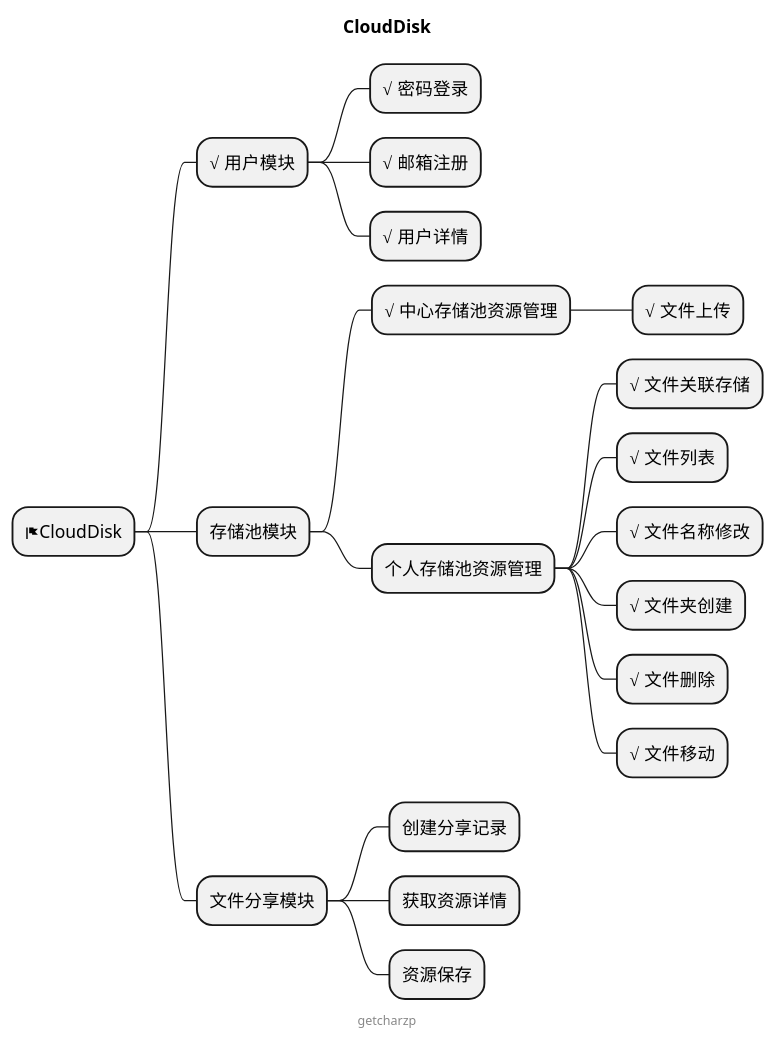
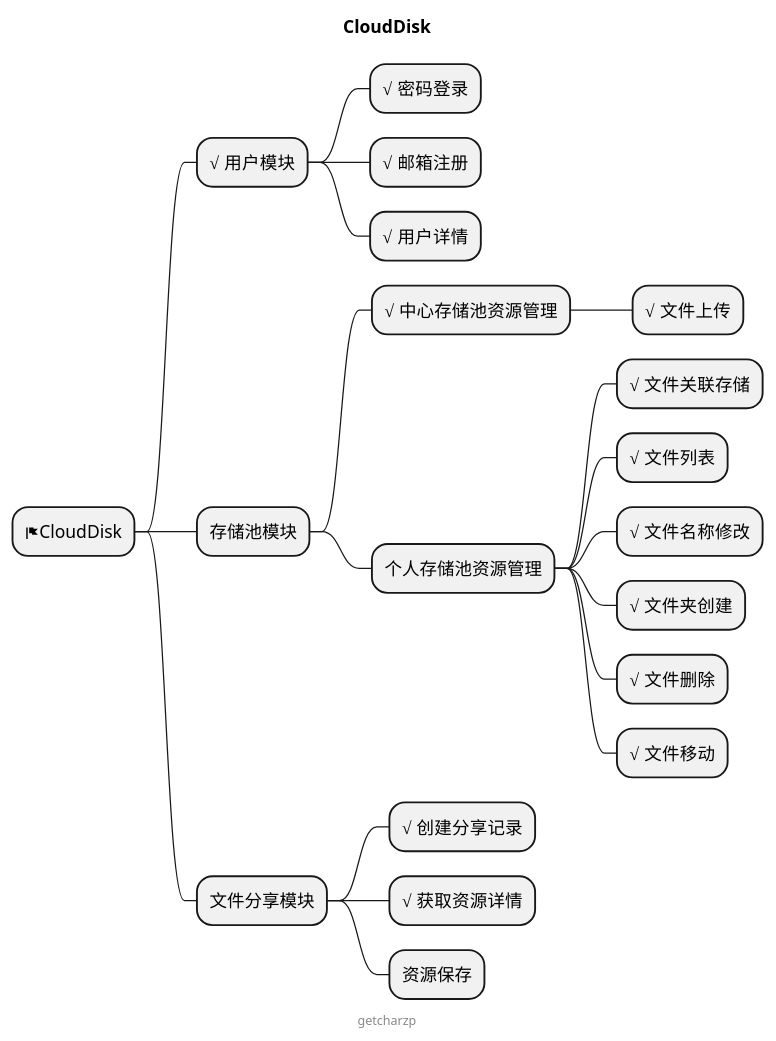
Before and after one commit to GetcharZp/cloud-disk: the diagram in MIND.puml, drawn with PlantUML. The commit also changed 7 other files, not shown here.

```diff
--- a/MIND.puml
+++ b/MIND.puml
@@ -1,27 +1,27 @@
 @startmindmap
 
 title CloudDisk
 
 * <&flag>CloudDisk
 ** √ 用户模块
 *** √ 密码登录
 *** √ 邮箱注册
 *** √ 用户详情
 ** 存储池模块
 *** √ 中心存储池资源管理
 **** √ 文件上传
 *** 个人存储池资源管理
 **** √ 文件关联存储
 **** √ 文件列表
 **** √ 文件名称修改
 **** √ 文件夹创建
 **** √ 文件删除
 **** √ 文件移动
 ** 文件分享模块
-*** 创建分享记录
-*** 获取资源详情
+*** √ 创建分享记录
+*** √ 获取资源详情
 *** 资源保存
 
 center footer getcharzp
 
 @endmindmap
```
